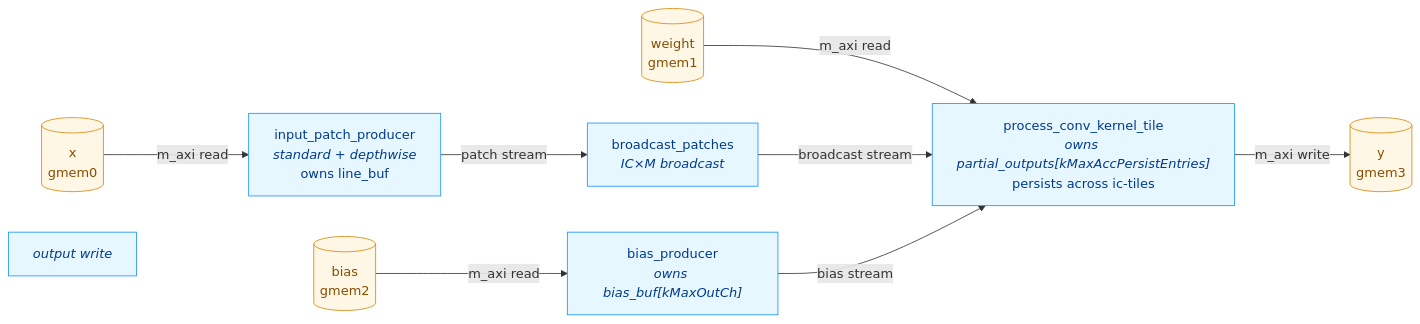
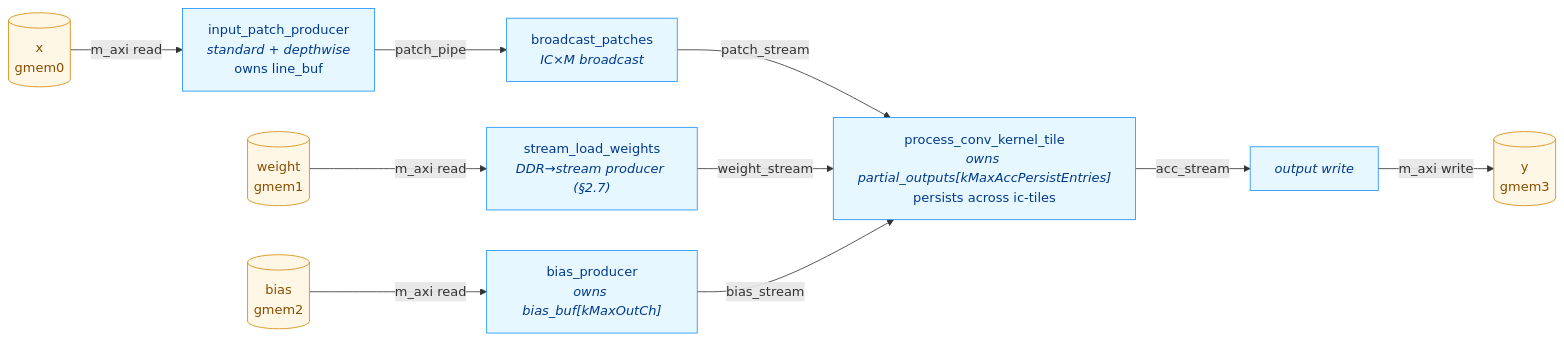
Before and after one commit to GradeBuilderSL/cormorant: the diagram in doc/CONV_OPTIMISATION.md, drawn with Mermaid. The commit also changed other lines of this file and 1 other file, not shown here.

Commit message:
Updated weights loading

````diff
--- a/doc/CONV_OPTIMISATION.md
+++ b/doc/CONV_OPTIMISATION.md
@@ -140,25 +214,28 @@
 ```mermaid
 flowchart LR
     DDR_X[("x<br/>gmem0")]
     DDR_W[("weight<br/>gmem1")]
     DDR_B[("bias<br/>gmem2")]
     DDR_Y[("y<br/>gmem3")]
     IPP["input_patch_producer<br/><i>standard + depthwise</i><br/>owns line_buf"]
+    BC["broadcast_patches<br/><i>IC×M broadcast</i>"]
+    SLW["stream_load_weights<br/><i>DDR→stream producer (§2.7)</i>"]
     BP["bias_producer<br/><i>owns bias_buf[kMaxOutCh]</i>"]
-    BC["broadcast_patches<br/><i>IC×M broadcast</i>"]
     PCT["process_conv_kernel_tile<br/><i>owns partial_outputs[kMaxAccPersistEntries]</i><br/>persists across ic-tiles"]
     WO["<i>output write</i>"]
 
     DDR_X -->|m_axi read| IPP
-    DDR_W -->|m_axi read| PCT
+    DDR_W -->|m_axi read| SLW
     DDR_B -->|m_axi read| BP
-    IPP -->|patch stream| BC
-    BC -->|broadcast stream| PCT
-    BP -->|bias stream| PCT
-    PCT -->|m_axi write| DDR_Y
+    IPP -->|patch_pipe| BC
+    BC -->|patch_stream| PCT
+    SLW -->|weight_stream| PCT
+    BP -->|bias_stream| PCT
+    PCT -->|acc_stream| WO
+    WO -->|m_axi write| DDR_Y
 
     classDef ddr fill:#fff7e6,stroke:#d48806,color:#874d00
     classDef stage fill:#e6f7ff,stroke:#1890ff,color:#003a8c
     class DDR_X,DDR_W,DDR_B,DDR_Y ddr
-    class IPP,BP,BC,PCT,WO stage
+    class IPP,BC,SLW,BP,PCT,WO stage
 ```
````
